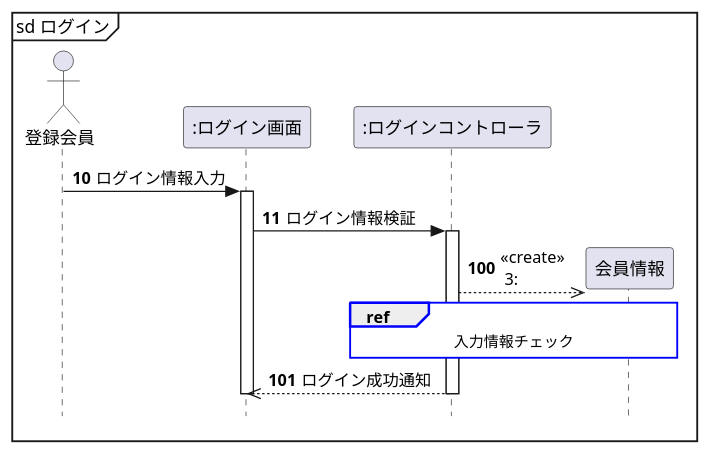
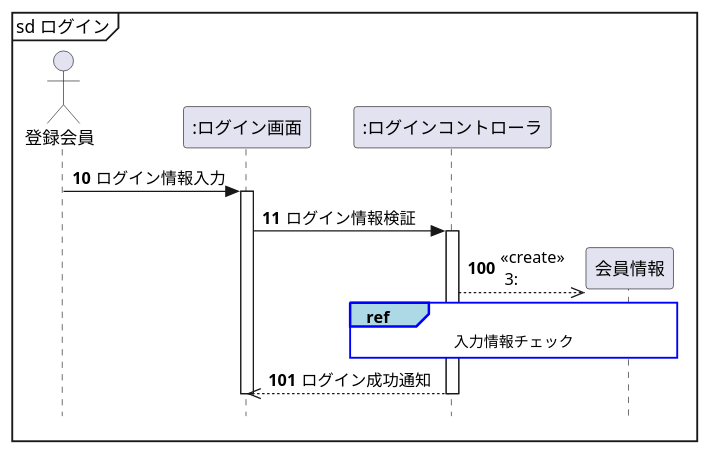
The diagram in 図4-6　「ref」を使用した例.pu (useruser0123/uml-introduction), drawn with PlantUML before and after one commit. The commit also changed 1 other file, not shown here.

Commit message:
シーケンス図

```diff
--- a/図4-6　「ref」を使用した例.pu
+++ b/図4-6　「ref」を使用した例.pu
@@ -1,30 +1,30 @@
 @startuml
 hide footbox
 Actor 登録会員 as member
 participant ":ログイン画面" as login
 participant ":ログインコントローラ" as control
 participant "会員情報" as entity
 'メッセージに自動で番号を降る
 autonumber 10
 ' 厳密なUMLに準拠する
 skinparam style strictuml
 ' refの枠線
 skinparam sequenceReferenceBorderColor blue
 ' refの背景色
 skinparam sequenceReferenceBackgroundColor white
-' skinparam sequenceReferenceHeaderBackgroundColor lightblue
+skinparam sequenceReferenceHeaderBackgroundColor lightblue
 mainframe sd ログイン
 member -> login : ログイン情報入力
 activate login
 login -> control : ログイン情報検証
 activate control
 create entity
 autonumber 100
 control -->> entity :<<create>>\n 3:
 ref over control, entity
 入力情報チェック
 end ref
 login <<-- control : ログイン成功通知
 deactivate control
 deactivate login
 @enduml
```
